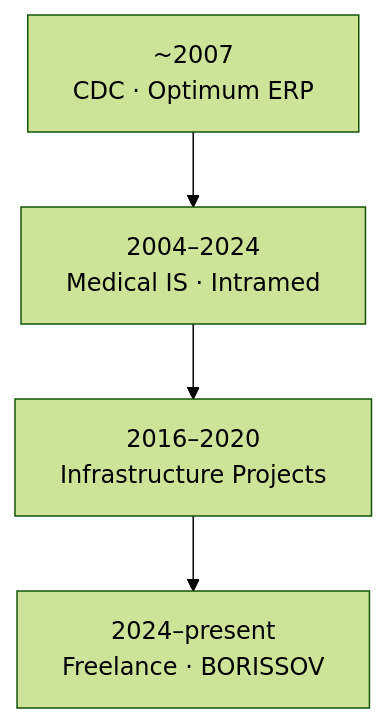
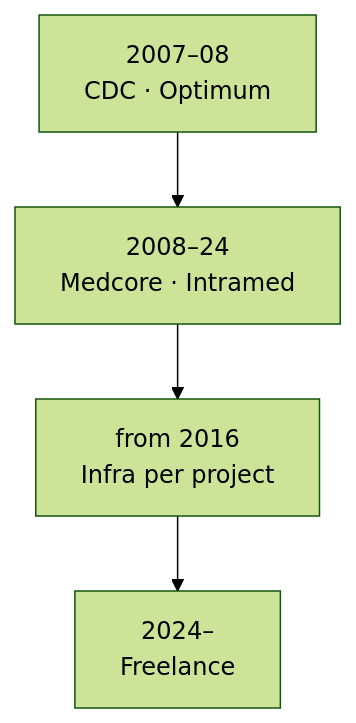
The diagram in en/02-career/timeline.md (boralekc/cv), drawn with Mermaid (forest theme) before and after one commit. The commit also changed other lines of this file and 19 other files, not shown here.

````diff
--- a/en/02-career/timeline.md
+++ b/en/02-career/timeline.md
@@ -57,11 +43,9 @@
 ```mermaid
 flowchart TB
-    A["~2007<br/>CDC · Optimum ERP"]
-    B["2004–2024<br/>Medical IS · Intramed"]
-    C["2016–2020<br/>Infrastructure Projects"]
-    D["2024–present<br/>Freelance · BORISSOV"]
+    A["2007–08<br/>CDC · Optimum"]
+    B["2008–24<br/>Medcore · Intramed"]
+    C["from 2016<br/>Infra per project"]
+    D["2024–<br/>Freelance"]
 
-    A --> B
-    B --> C
-    C --> D
+    A --> B --> C --> D
 ```
````
